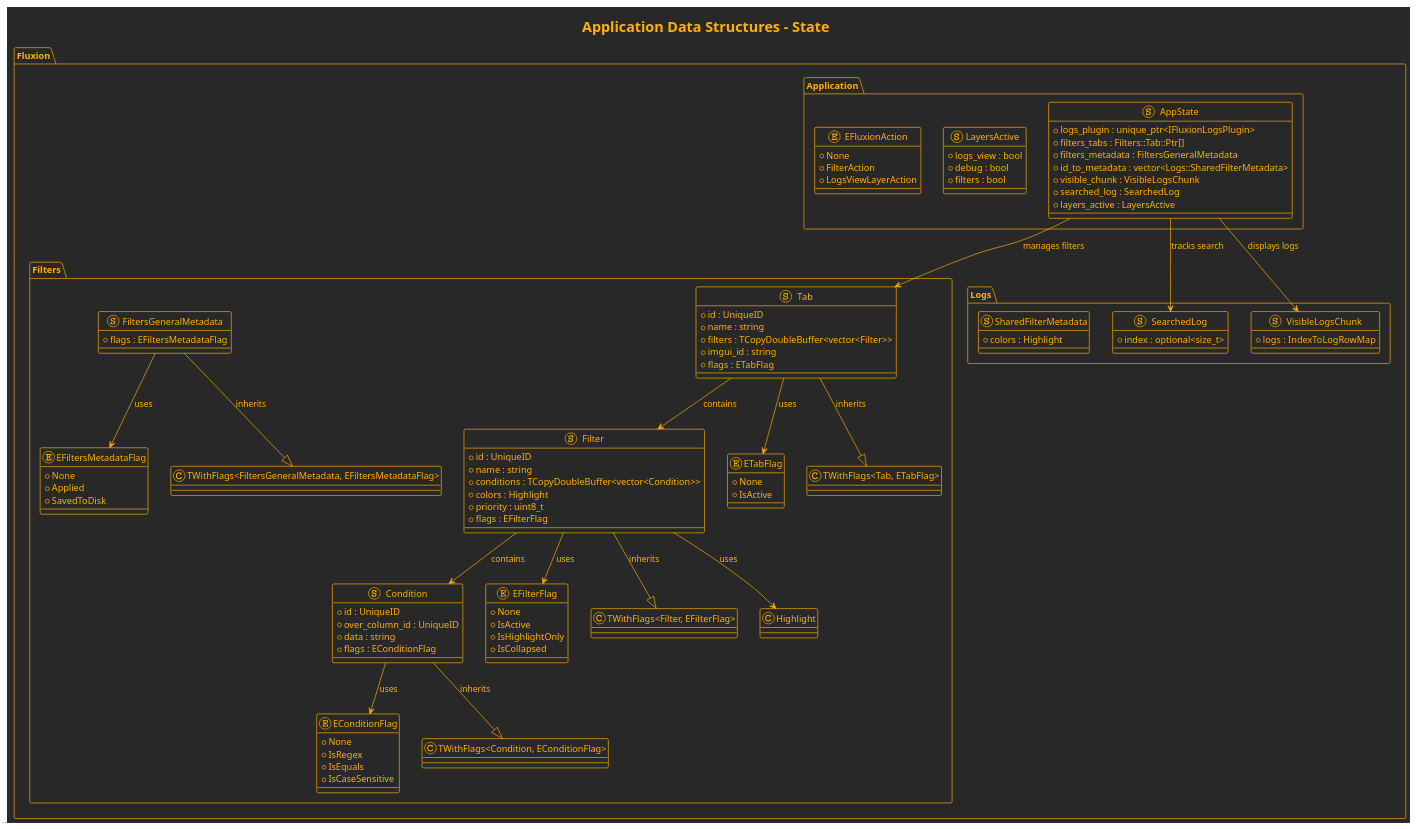
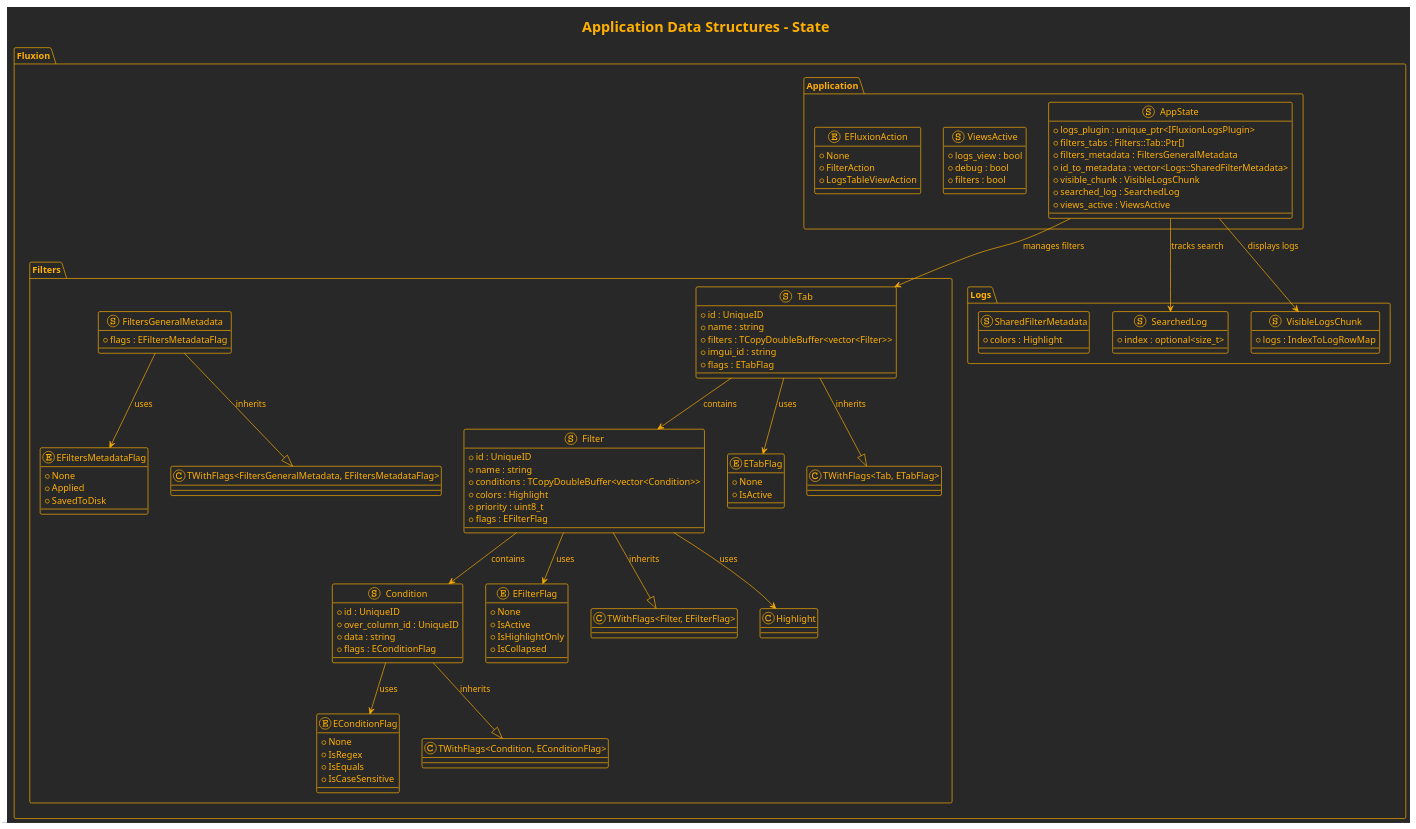
Before and after one commit to TheAncientOwl/fluxion: the diagram in src/Fluxion/Data/docs/state.puml, drawn with PlantUML. The commit also changed 105 other files, not shown here.

Commit message:
Rename Layer->View to better fit the purpose. TODO: consider layering in the future

```diff
--- a/src/Fluxion/Data/docs/state.puml
+++ b/src/Fluxion/Data/docs/state.puml
@@ -1,118 +1,118 @@
 @startuml Application Data State Diagram
 
 !theme crt-amber
 
 title Application Data Structures - State
 
 package "Fluxion" {
 
 package "Filters" {
     enum EConditionFlag {
         + None
         + IsRegex
         + IsEquals
         + IsCaseSensitive
     }
     
     struct Condition {
         + id : UniqueID
         + over_column_id : UniqueID
         + data : string
         + flags : EConditionFlag
     }
     Condition --|> "TWithFlags<Condition, EConditionFlag>" : inherits
     Condition --> EConditionFlag : uses
     
     enum EFilterFlag {
         + None
         + IsActive
         + IsHighlightOnly
         + IsCollapsed
     }
     
     struct Filter {
         + id : UniqueID
         + name : string
         + conditions : TCopyDoubleBuffer<vector<Condition>>
         + colors : Highlight
         + priority : uint8_t
         + flags : EFilterFlag
     }
     Filter --|> "TWithFlags<Filter, EFilterFlag>" : inherits
     Filter --> EFilterFlag : uses
     Filter --> Condition : contains
     Filter --> Highlight : uses
     
     enum ETabFlag {
         + None
         + IsActive
     }
     
     struct Tab {
         + id : UniqueID
         + name : string
         + filters : TCopyDoubleBuffer<vector<Filter>>
         + imgui_id : string
         + flags : ETabFlag
     }
     Tab --|> "TWithFlags<Tab, ETabFlag>" : inherits
     Tab --> ETabFlag : uses
     Tab --> Filter : contains
     
     enum EFiltersMetadataFlag {
         + None
         + Applied
         + SavedToDisk
     }
     
     struct FiltersGeneralMetadata {
         + flags : EFiltersMetadataFlag
     }
     FiltersGeneralMetadata --|> "TWithFlags<FiltersGeneralMetadata, EFiltersMetadataFlag>" : inherits
     FiltersGeneralMetadata --> EFiltersMetadataFlag : uses
 }
 
 package "Logs" {
     struct SearchedLog {
         + index : optional<size_t>
     }
     
     struct VisibleLogsChunk {
         + logs : IndexToLogRowMap
     }
     
     struct SharedFilterMetadata {
         + colors : Highlight
     }
 }
 
 package "Application" {
     struct AppState {
         + logs_plugin : unique_ptr<IFluxionLogsPlugin>
         + filters_tabs : Filters::Tab::Ptr[]
         + filters_metadata : FiltersGeneralMetadata
         + id_to_metadata : vector<Logs::SharedFilterMetadata>
         + visible_chunk : VisibleLogsChunk
         + searched_log : SearchedLog
-        + layers_active : LayersActive
+        + views_active : ViewsActive
     }
     AppState --> Tab : manages filters
     AppState --> VisibleLogsChunk : displays logs
     AppState --> SearchedLog : tracks search
     
-    struct LayersActive {
+    struct ViewsActive {
         + logs_view : bool
         + debug : bool
         + filters : bool
     }
     
     enum EFluxionAction {
         + None
         + FilterAction
-        + LogsViewLayerAction
+        + LogsTableViewAction
     }
 }
 
 }
 
 @enduml
```
